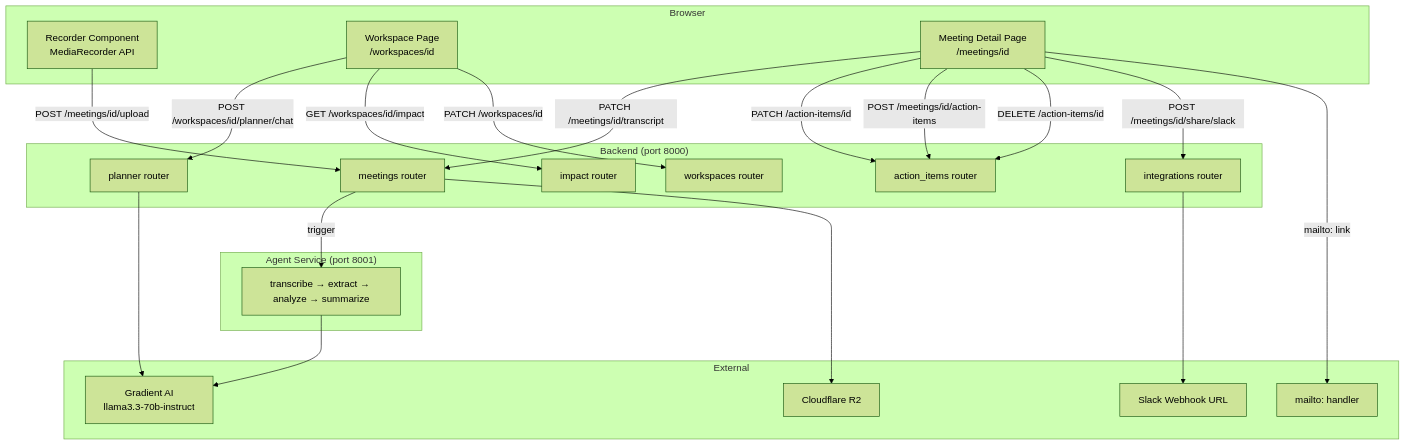
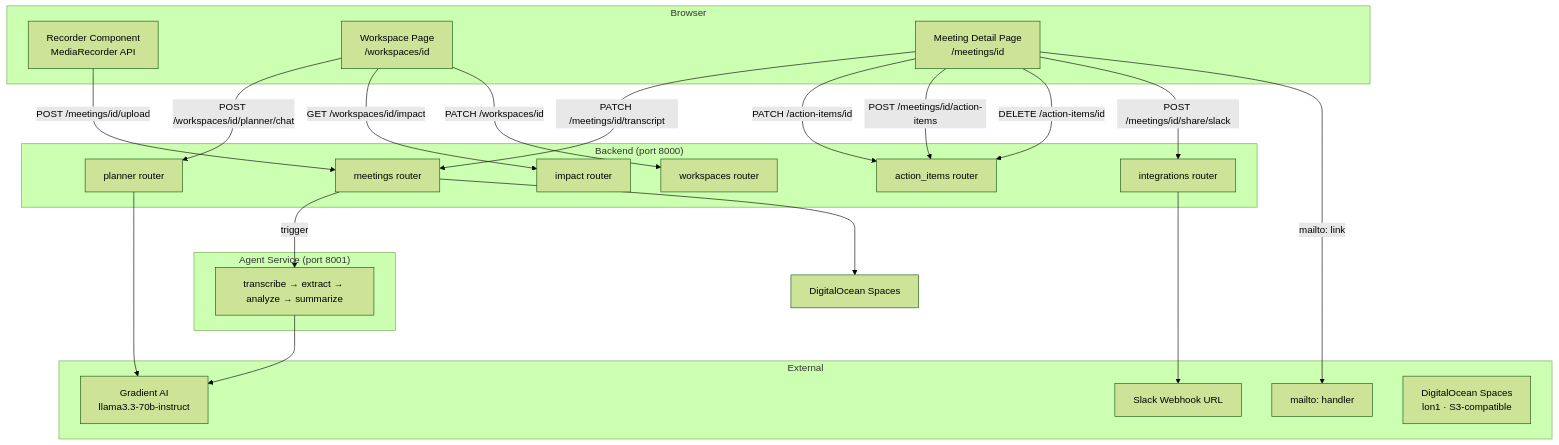
One commit to Shakiran-Nannyombi/CommunitAI changed the diagram in docs/v2/SystemArchitecture.md. Above: the diagram before and after it, drawn with Mermaid. The commit also changed other lines of this file and 5 other files, not shown here.

First line of the commit message:
docs: Update system architecture diagrams and requirements documentation

````diff
--- a/docs/v2/SystemArchitecture.md
+++ b/docs/v2/SystemArchitecture.md
@@ -20,49 +20,49 @@
 ```mermaid
 ---
 config:
   theme: forest
 ---
 graph TD
     subgraph Browser
         REC[Recorder Component<br/>MediaRecorder API]
         WS_PAGE[Workspace Page<br/>/workspaces/id]
         MTG_PAGE[Meeting Detail Page<br/>/meetings/id]
     end
 
     subgraph "Backend (port 8000)"
         MTG_R[meetings router]
         AI_R[action_items router]
         WS_R[workspaces router]
         PLAN_R[planner router]
         IMPACT_R[impact router]
         SLACK_R[integrations router]
     end
 
     subgraph "Agent Service (port 8001)"
         PIPELINE[transcribe → extract → analyze → summarize]
     end
 
     subgraph "External"
         GRADIENT[Gradient AI<br/>llama3.3-70b-instruct]
         SLACK_WH[Slack Webhook URL]
         GMAIL[mailto: handler]
-        R2[Cloudflare R2]
+        R2[DigitalOcean Spaces<br/>lon1 · S3-compatible]
     end
 
     REC -->|POST /meetings/id/upload| MTG_R
     MTG_PAGE -->|PATCH /meetings/id/transcript| MTG_R
     MTG_PAGE -->|PATCH /action-items/id| AI_R
     MTG_PAGE -->|POST /meetings/id/action-items| AI_R
     MTG_PAGE -->|DELETE /action-items/id| AI_R
     MTG_PAGE -->|POST /meetings/id/share/slack| SLACK_R
     MTG_PAGE -->|mailto: link| GMAIL
     WS_PAGE -->|POST /workspaces/id/planner/chat| PLAN_R
     WS_PAGE -->|GET /workspaces/id/impact| IMPACT_R
     WS_PAGE -->|PATCH /workspaces/id| WS_R
 
     MTG_R -->|trigger| PIPELINE
     PIPELINE --> GRADIENT
-    MTG_R --> R2
+    MTG_R --> SPACES[DigitalOcean Spaces]
     PLAN_R --> GRADIENT
     SLACK_R --> SLACK_WH
 ```
````
